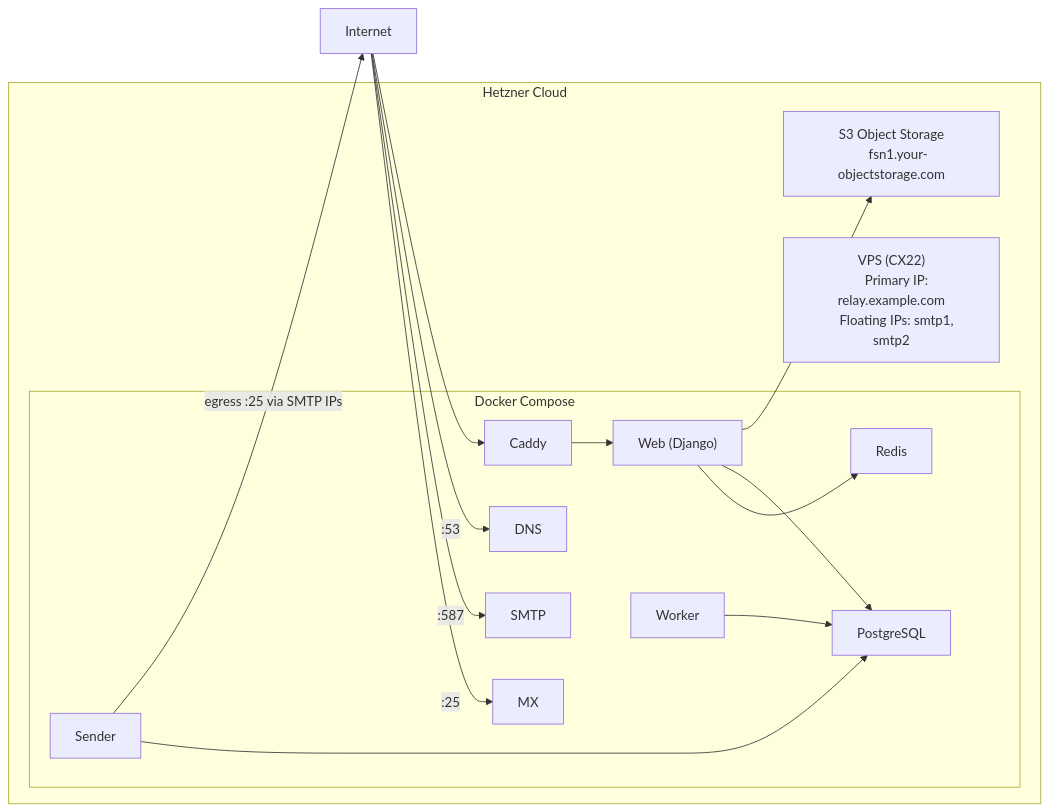
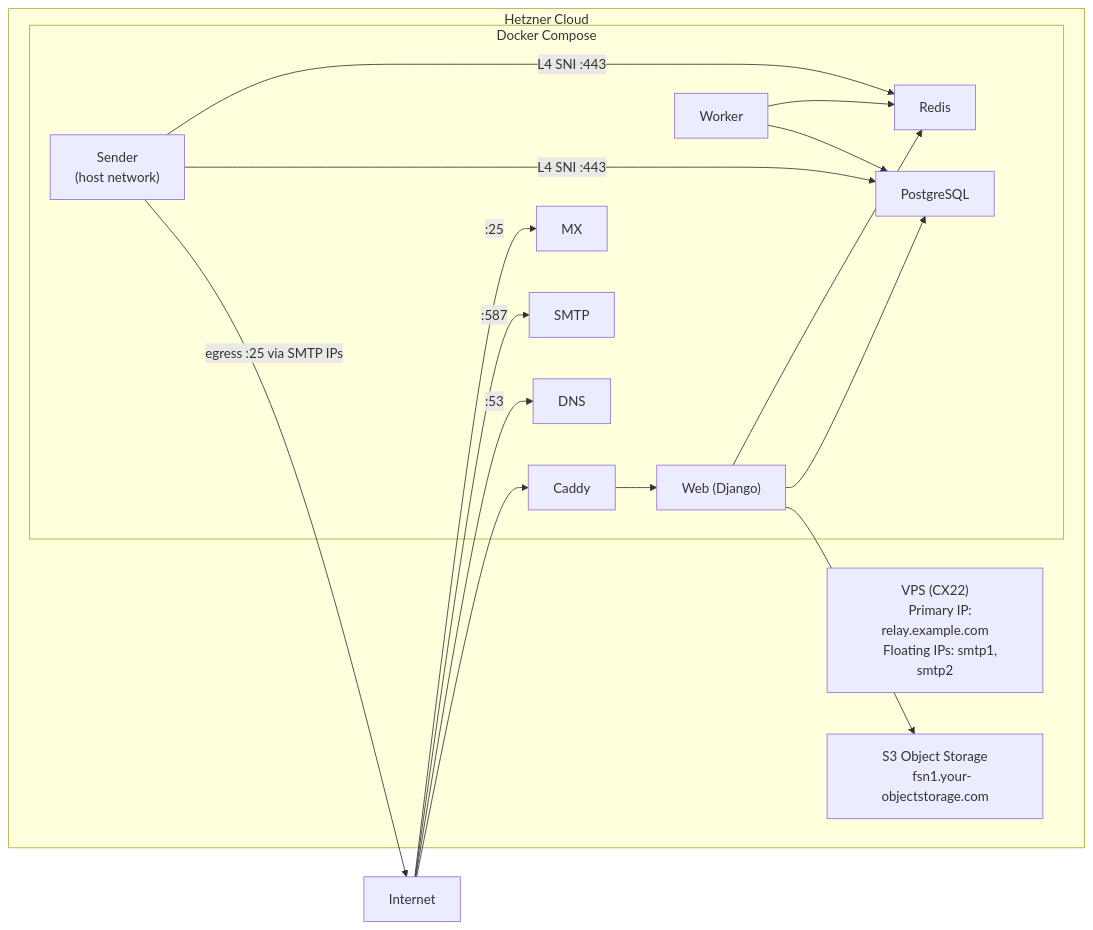
One commit to codingjoe/relay changed the diagram in deploy/README.md. Above: the diagram before and after it, drawn with Mermaid. The commit also changed other lines of this file and 2 other files, not shown here.

First line of the commit message:
Move host networking to the sender, drop the public rspamd route

````diff
--- a/deploy/README.md
+++ b/deploy/README.md
@@ -13,36 +13,39 @@
 ```mermaid
 flowchart LR
   internet["Internet"]
 
   subgraph hetzner["Hetzner Cloud"]
     server["VPS (CX22)
     Primary IP: relay.example.com
     Floating IPs: smtp1, smtp2"]
 
     subgraph docker["Docker Compose"]
       web["Web (Django)"]
       dns["DNS"]
       smtp["SMTP"]
       mx["MX"]
       worker["Worker"]
-      sender["Sender"]
+      sender["Sender
+      (host network)"]
       pg["PostgreSQL"]
       redis["Redis"]
       caddy["Caddy"]
     end
 
     s3["S3 Object Storage
     fsn1.your-objectstorage.com"]
   end
 
   internet --> caddy --> web
   internet -->|:53| dns
   internet -->|:587| smtp
   internet -->|:25| mx
   web --> s3
   web --> pg
   web --> redis
   sender -->|"egress :25 via SMTP IPs"| internet
   worker --> pg
-  sender --> pg
+  worker --> redis
+  sender -->|"L4 SNI :443"| pg
+  sender -->|"L4 SNI :443"| redis
 ```
````
